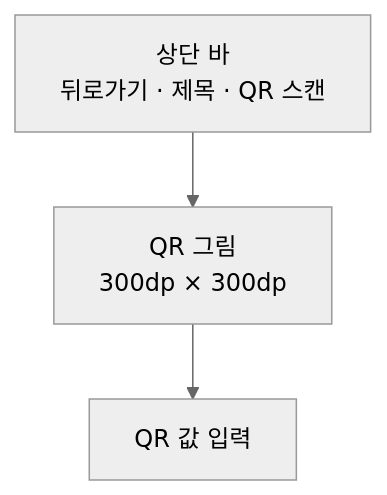
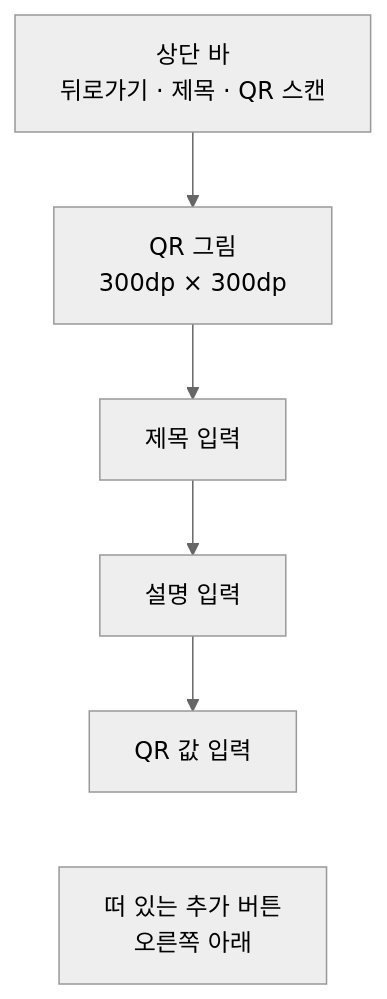
The diagram in docs/design/qr-add.md (taetae98coding/DiaryKMP), drawn with Mermaid (neutral theme) before and after one commit. The commit also changed other lines of this file and 31 other files, not shown here.

````diff
--- a/docs/design/qr-add.md
+++ b/docs/design/qr-add.md
@@ -13,7 +17,11 @@
 ```mermaid
 flowchart TB
     top["상단 바<br/>뒤로가기 · 제목 · QR 스캔"]
     qr["QR 그림<br/>300dp × 300dp"]
-    input["QR 값 입력"]
-    top --> qr --> input
+    title["제목 입력"]
+    description["설명 입력"]
+    value["QR 값 입력"]
+    fab["떠 있는 추가 버튼<br/>오른쪽 아래"]
+    top --> qr --> title --> description --> value
+    value ~~~ fab
 ```
````
